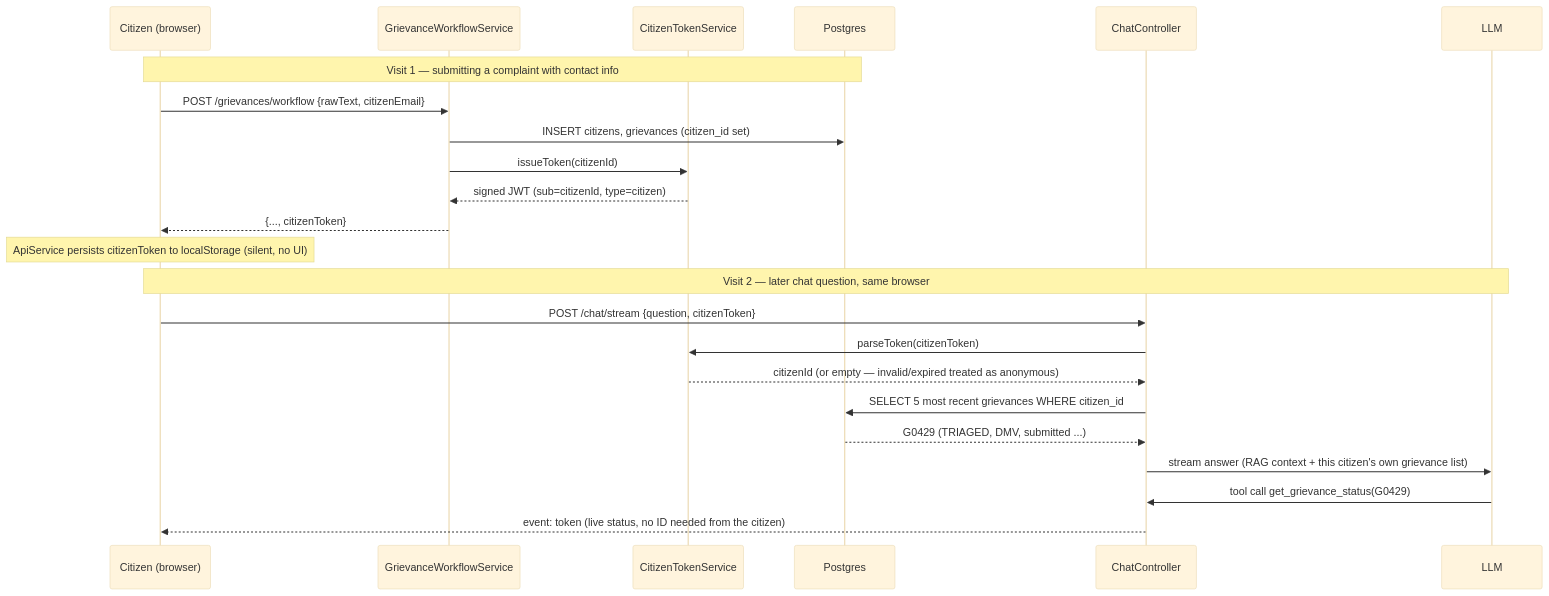
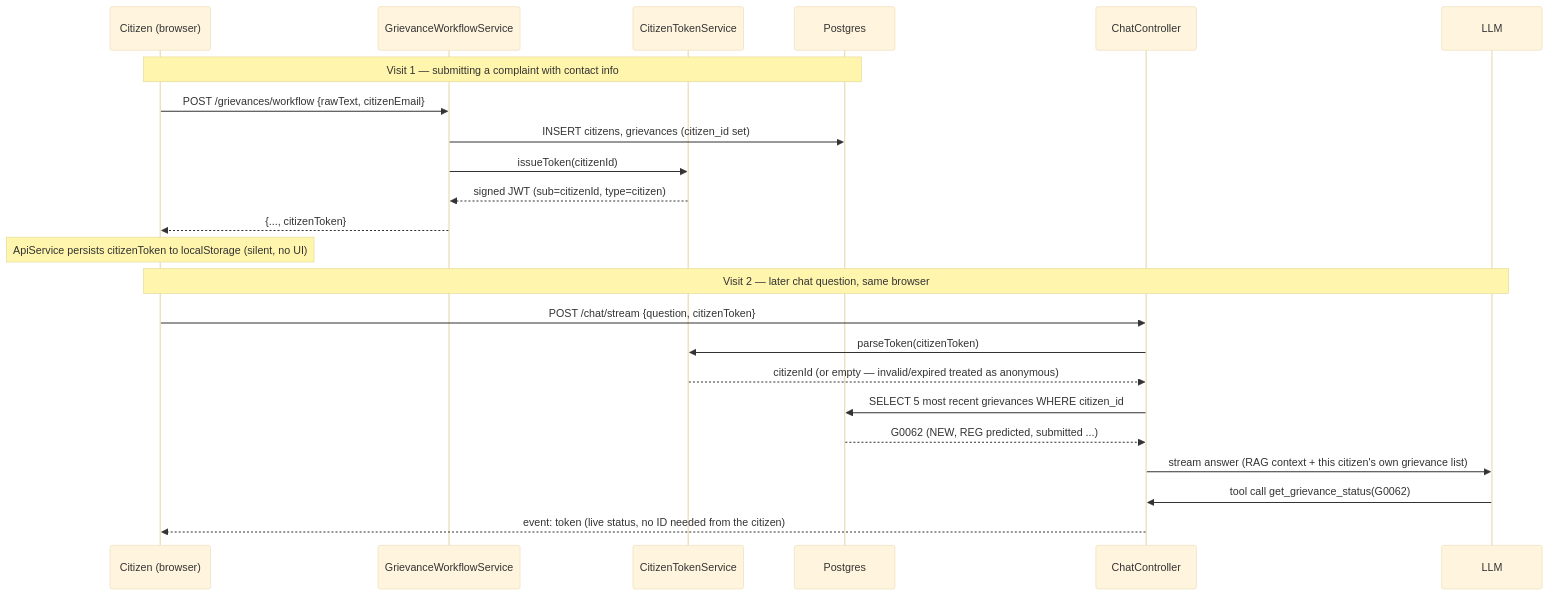
Before and after one commit to srikanthkaushik/aigre: the third of 8 diagrams in docs/ARCHITECTURE.md, drawn with Mermaid (base theme). The commit also changed other lines of this file and 29 other files, not shown here.

````diff
--- a/docs/ARCHITECTURE.md
+++ b/docs/ARCHITECTURE.md
@@ -517,27 +533,27 @@
 ```mermaid
 sequenceDiagram
     participant C as Citizen (browser)
     participant W as GrievanceWorkflowService
     participant T as CitizenTokenService
     participant DB as Postgres
     participant Chat as ChatController
     participant L as LLM
 
     Note over C,DB: Visit 1 — submitting a complaint with contact info
     C->>W: POST /grievances/workflow {rawText, citizenEmail}
     W->>DB: INSERT citizens, grievances (citizen_id set)
     W->>T: issueToken(citizenId)
     T-->>W: signed JWT (sub=citizenId, type=citizen)
     W-->>C: {..., citizenToken}
     Note over C: ApiService persists citizenToken to localStorage (silent, no UI)
 
     Note over C,L: Visit 2 — later chat question, same browser
     C->>Chat: POST /chat/stream {question, citizenToken}
     Chat->>T: parseToken(citizenToken)
     T-->>Chat: citizenId (or empty — invalid/expired treated as anonymous)
     Chat->>DB: SELECT 5 most recent grievances WHERE citizen_id
-    DB-->>Chat: G0429 (TRIAGED, DMV, submitted ...)
+    DB-->>Chat: G0062 (NEW, REG predicted, submitted ...)
     Chat->>L: stream answer (RAG context + this citizen's own grievance list)
-    L->>Chat: tool call get_grievance_status(G0429)
+    L->>Chat: tool call get_grievance_status(G0062)
     Chat-->>C: event: token (live status, no ID needed from the citizen)
 ```
````
